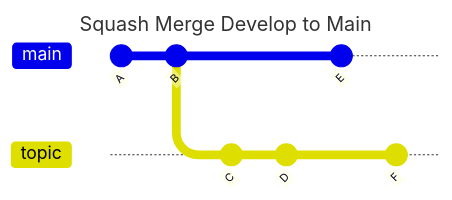
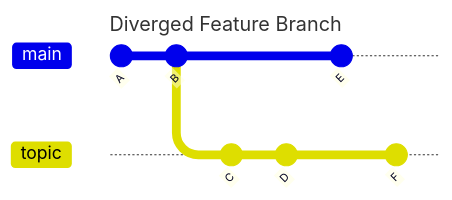
Diagram 17 of 19 in demos/IntermediateGit.md (robertwalker/DemoSandbox), drawn with Mermaid before and after one commit. The commit also changed other lines of this file, not shown here.

````diff
--- a/demos/IntermediateGit.md
+++ b/demos/IntermediateGit.md
@@ -409,19 +414,19 @@
 ```mermaid
 ---
-title: Squash Merge Develop to Main
+title: Diverged Feature Branch
 config:
   theme: default
 mainBranchName: main
 ---
 gitGraph:
     commit id: "A"
     commit id: "B"
     branch topic
     checkout topic
     commit id: "C"
     commit id: "D"
     checkout main
     commit id: "E"
     checkout topic
     commit id: "F"
 ```
````
